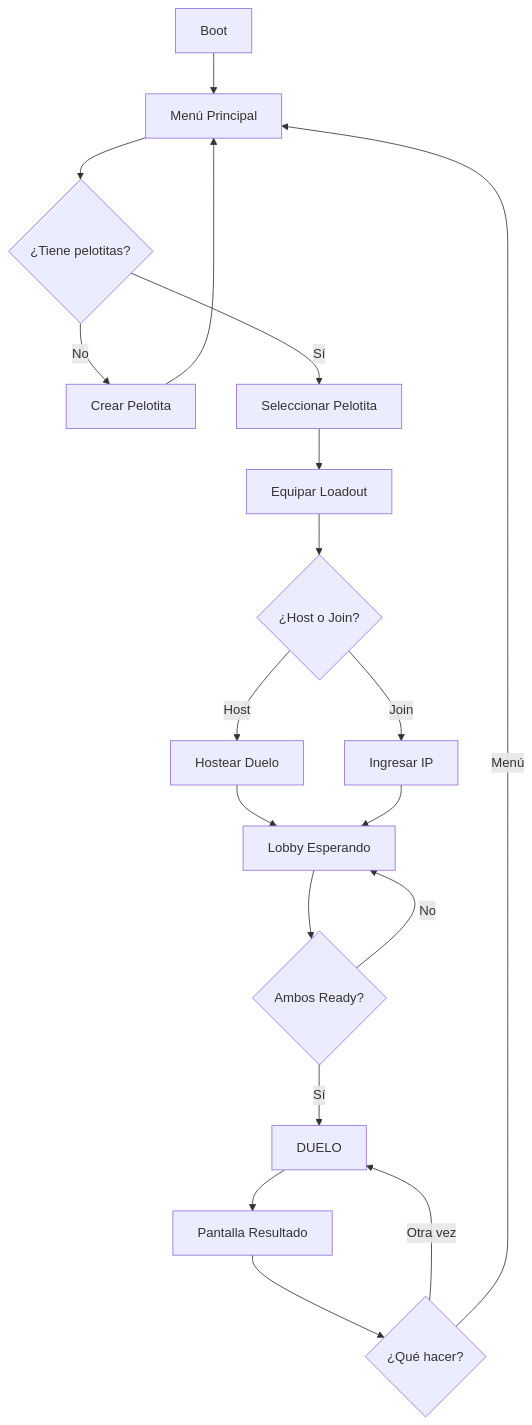
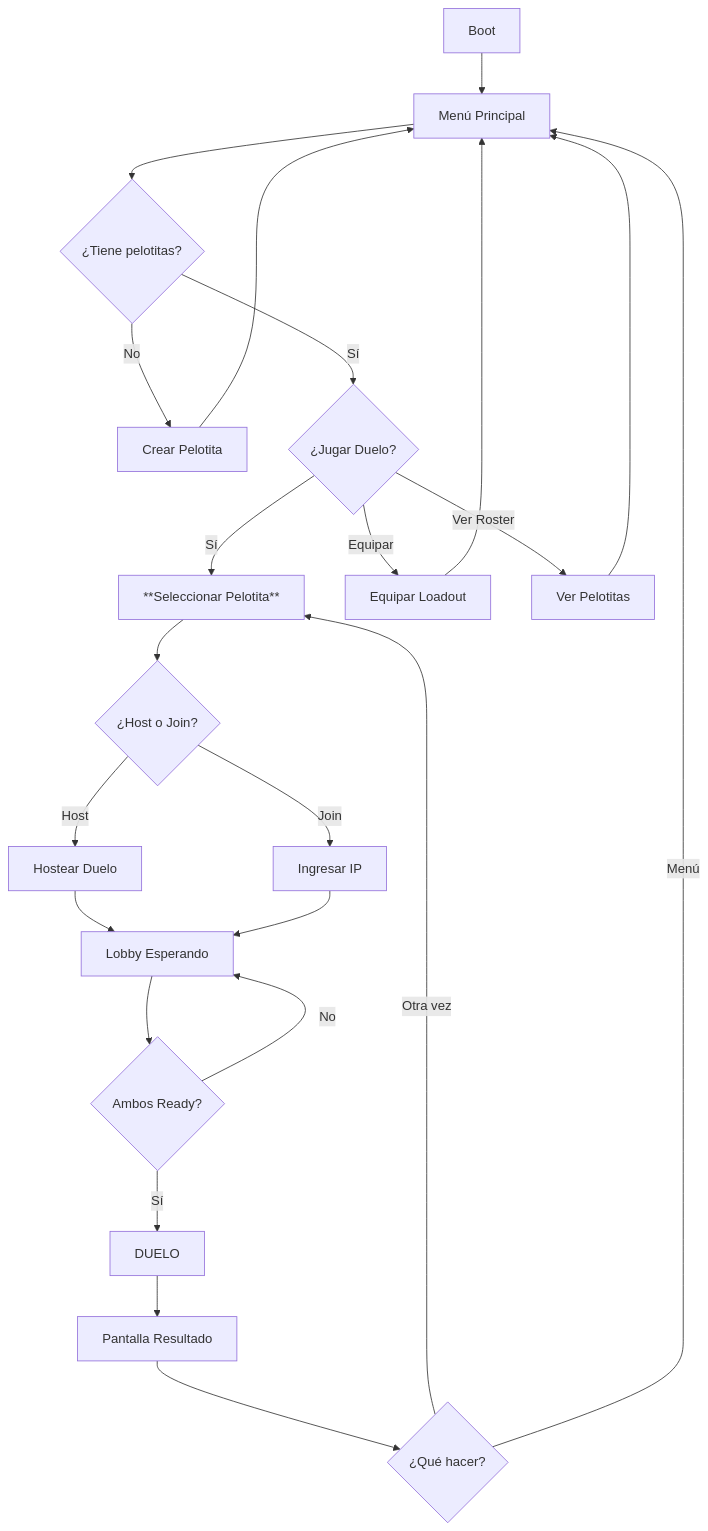
One commit to MaximoAPS/Pelotitas changed the second of 4 diagrams in docs/GDD.md. Above: the diagram before and after it, drawn with Mermaid. The commit also changed other lines of this file, not shown here.

First line of the commit message:
docs: lock pelotita selection before duel

````diff
--- a/docs/GDD.md
+++ b/docs/GDD.md
@@ -1403,21 +1403,25 @@
 ```mermaid
 graph TD
     A[Boot] --> B[Menú Principal]
     B --> C{¿Tiene pelotitas?}
     C -->|No| D[Crear Pelotita]
     D --> B
-    C -->|Sí| E[Seleccionar Pelotita]
-    E --> F[Equipar Loadout]
-    F --> G{¿Host o Join?}
-    G -->|Host| H[Hostear Duelo]
-    G -->|Join| I[Ingresar IP]
-    H --> J[Lobby Esperando]
-    I --> J
-    J --> K{Ambos Ready?}
-    K -->|No| J
-    K -->|Sí| L[DUELO]
-    L --> M[Pantalla Resultado]
-    M --> N{¿Qué hacer?}
-    N -->|Otra vez| L
-    N -->|Menú| B
+    C -->|Sí| E{¿Jugar Duelo?}
+    E -->|Sí| F[**Seleccionar Pelotita**]
+    E -->|Equipar| G[Equipar Loadout]
+    E -->|Ver Roster| H[Ver Pelotitas]
+    F --> I{¿Host o Join?}
+    G --> B
+    H --> B
+    I -->|Host| J[Hostear Duelo]
+    I -->|Join| K[Ingresar IP]
+    J --> L[Lobby Esperando]
+    K --> L
+    L --> M{Ambos Ready?}
+    M -->|No| L
+    M -->|Sí| N[DUELO]
+    N --> O[Pantalla Resultado]
+    O --> P{¿Qué hacer?}
+    P -->|Otra vez| F
+    P -->|Menú| B
 ```
````
